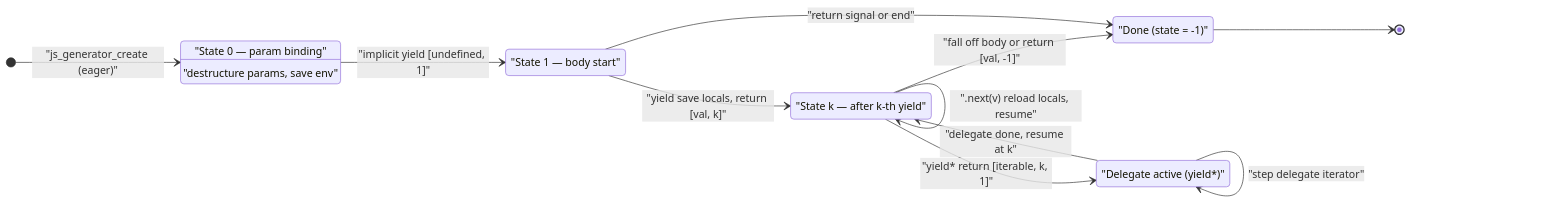
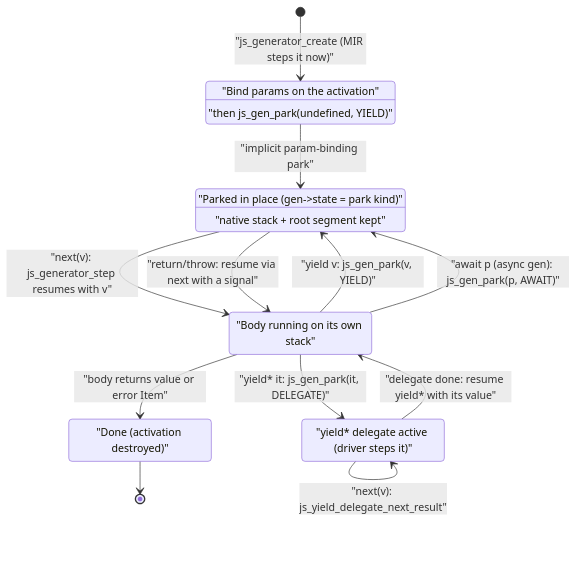
One commit to henry-luo/lambda changed the diagram in doc/dev/js/diagram/d08_generator_sm.mmd. Above: the diagram before and after it, drawn with Mermaid. The commit also changed 81 other files, not shown here.

```diff
--- a/doc/dev/js/diagram/d08_generator_sm.mmd
+++ b/doc/dev/js/diagram/d08_generator_sm.mmd
@@ -1,19 +1,21 @@
 stateDiagram-v2
-    direction LR
-    [*] --> State0 : "js_generator_create (eager)"
-    State0 : "State 0 — param binding"
-    State0 : "destructure params, save env"
-    State1 : "State 1 — body start"
-    StateN : "State k — after k-th yield"
-    Done : "Done (state = -1)"
+    direction TB
+    [*] --> Binding : "js_generator_create (MIR steps it now)"
+    Binding : "Bind params on the activation"
+    Binding : "then js_gen_park(undefined, YIELD)"
+    Parked : "Parked in place (gen->state = park kind)"
+    Parked : "native stack + root segment kept"
+    Running : "Body running on its own stack"
+    Delegate : "yield* delegate active (driver steps it)"
+    Done : "Done (activation destroyed)"
 
-    State0 --> State1 : "implicit yield [undefined, 1]"
-    State1 --> StateN : "yield save locals, return [val, k]"
-    StateN --> StateN : ".next(v) reload locals, resume"
-    StateN --> Done : "fall off body or return [val, -1]"
-    State1 --> Done : "return signal or end"
-    StateN --> Delegate : "yield* return [iterable, k, 1]"
-    Delegate : "Delegate active (yield*)"
-    Delegate --> Delegate : "step delegate iterator"
-    Delegate --> StateN : "delegate done, resume at k"
+    Binding --> Parked : "implicit param-binding park"
+    Parked --> Running : "next(v): js_generator_step resumes with v"
+    Parked --> Running : "return/throw: resume via next with a signal"
+    Running --> Parked : "yield v: js_gen_park(v, YIELD)"
+    Running --> Parked : "await p (async gen): js_gen_park(p, AWAIT)"
+    Running --> Delegate : "yield* it: js_gen_park(it, DELEGATE)"
+    Delegate --> Delegate : "next(v): js_yield_delegate_next_result"
+    Delegate --> Running : "delegate done: resume yield* with its value"
+    Running --> Done : "body returns value or error Item"
     Done --> [*]
```
